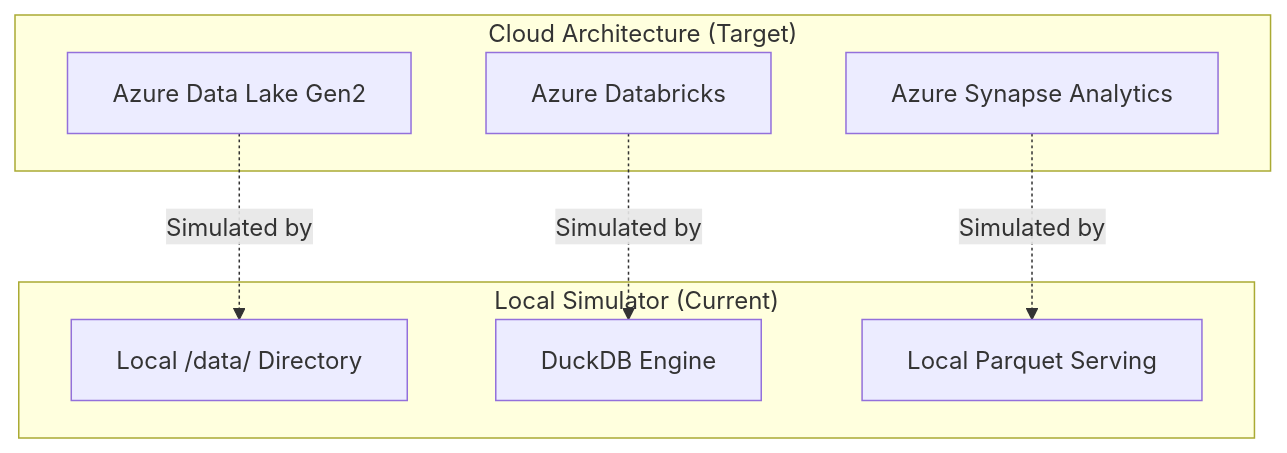
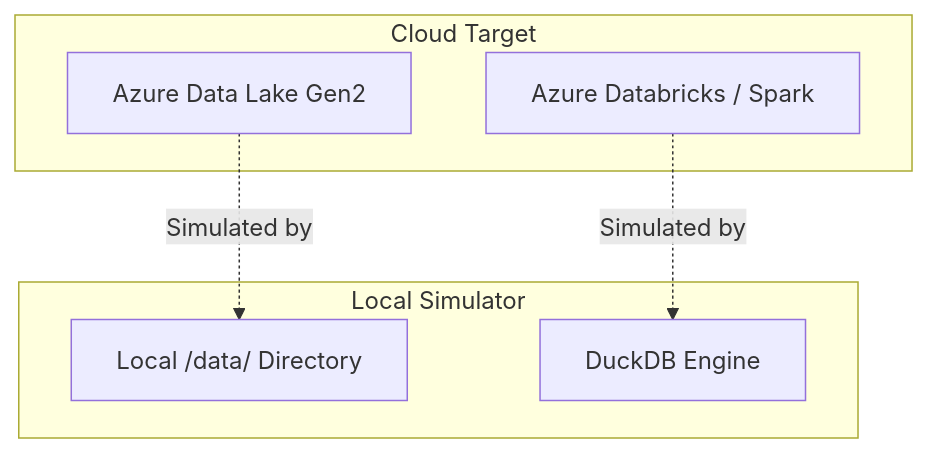
Before and after one commit to S4LL77/Ulez-Project-azure-databricks: the second of 2 diagrams in README.md, drawn with Mermaid. The commit also changed other lines of this file and 17 other files, not shown here.

Commit message:
Refactor: Professional polish, fix bugs, rewrite architecture docs, and improve ML clustering

````diff
--- a/README.md
+++ b/README.md
@@ -69,18 +73,15 @@
 ```mermaid
 graph TD
-    subgraph "Cloud Architecture (Target)"
+    subgraph "Cloud Target"
         ADLS[Azure Data Lake Gen2]
-        ADB[Azure Databricks]
-        SYN[Azure Synapse Analytics]
+        ADB[Azure Databricks / Spark]
     end
 
-    subgraph "Local Simulator (Current)"
+    subgraph "Local Simulator"
         Folder[Local /data/ Directory]
         DDB[DuckDB Engine]
-        PRQ[Local Parquet Serving]
     end
 
     ADLS -.->|Simulated by| Folder
     ADB -.->|Simulated by| DDB
-    SYN -.->|Simulated by| PRQ
 ```
````
